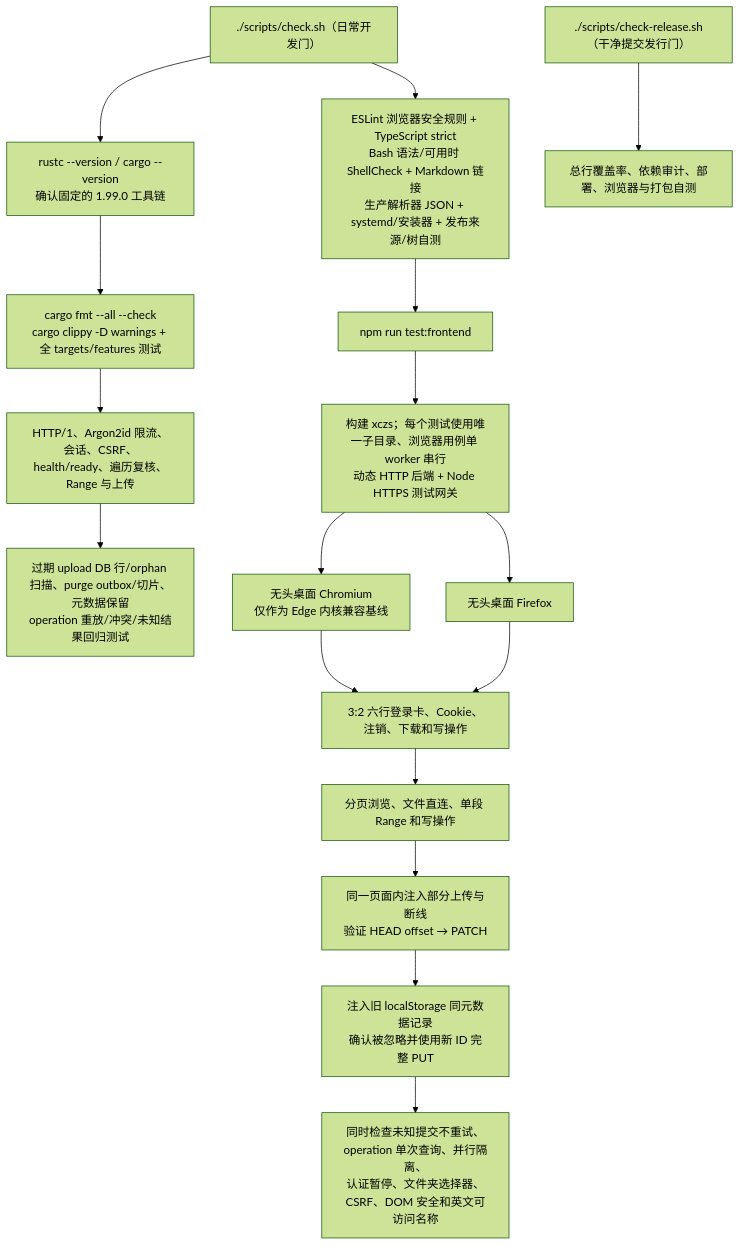
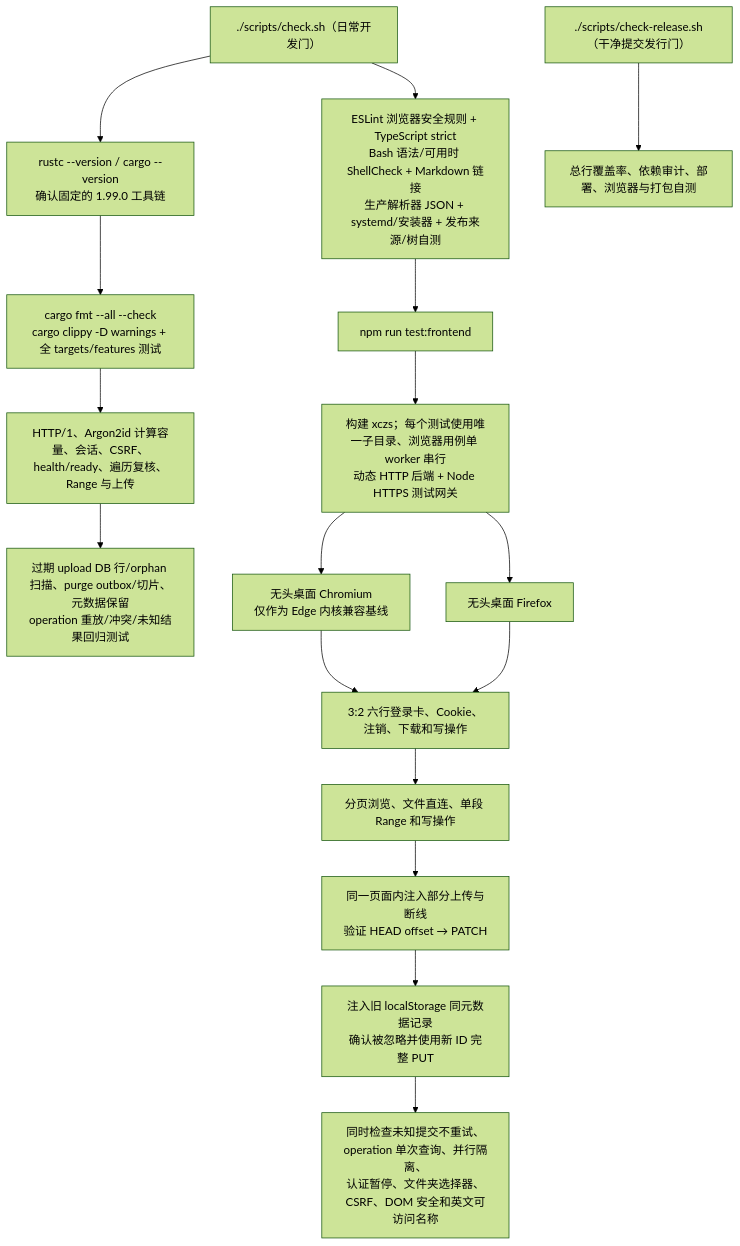
One commit to isarmg/xczs changed diagram 17 of 17 in docs/project-workflow.md. Above: the diagram before and after it, drawn with Mermaid (forest theme). The commit also changed other lines of this file and 98 other files, not shown here.

````diff
--- a/docs/project-workflow.md
+++ b/docs/project-workflow.md
@@ -804,19 +803,19 @@
 ```mermaid
 flowchart TD
     TEST["./scripts/check.sh（日常开发门）"] --> TOOLCHAIN["rustc --version / cargo --version<br/>确认固定的 1.99.0 工具链"]
     TOOLCHAIN --> RUST["cargo fmt --all --check<br/>cargo clippy -D warnings + 全 targets/features 测试"]
     RELEASE["./scripts/check-release.sh（干净提交发行门）"] --> QUALITY["总行覆盖率、依赖审计、部署、浏览器与打包自测"]
     TEST --> STATIC["ESLint 浏览器安全规则 + TypeScript strict<br/>Bash 语法/可用时 ShellCheck + Markdown 链接<br/>生产解析器 JSON + systemd/安装器 + 发布来源/树自测"]
     STATIC --> FRONT["npm run test:frontend"]
-    RUST --> ROUTES["HTTP/1、Argon2id 限流、会话、CSRF、health/ready、遍历复核、Range 与上传"]
+    RUST --> ROUTES["HTTP/1、Argon2id 计算容量、会话、CSRF、health/ready、遍历复核、Range 与上传"]
     ROUTES --> MAINTENANCE["过期 upload DB 行/orphan 扫描、purge outbox/切片、元数据保留<br/>operation 重放/冲突/未知结果回归测试"]
     FRONT --> BUILD["构建 xczs；每个测试使用唯一子目录、浏览器用例单 worker 串行<br/>动态 HTTP 后端 + Node HTTPS 测试网关"]
     BUILD --> CHROMIUM["无头桌面 Chromium<br/>仅作为 Edge 内核兼容基线"]
     BUILD --> FIREFOX["无头桌面 Firefox"]
     CHROMIUM --> FLOWS["3:2 六行登录卡、Cookie、注销、下载和写操作"]
     FIREFOX --> FLOWS
     FLOWS --> RANGE["分页浏览、文件直连、单段 Range 和写操作"]
     RANGE --> FAULT["同一页面内注入部分上传与断线<br/>验证 HEAD offset → PATCH"]
     FAULT --> IDENTITY["注入旧 localStorage 同元数据记录<br/>确认被忽略并使用新 ID 完整 PUT"]
     IDENTITY --> OTHER["同时检查未知提交不重试、operation 单次查询、并行隔离、<br/>认证暂停、文件夹选择器、CSRF、DOM 安全和英文可访问名称"]
 ```
````
